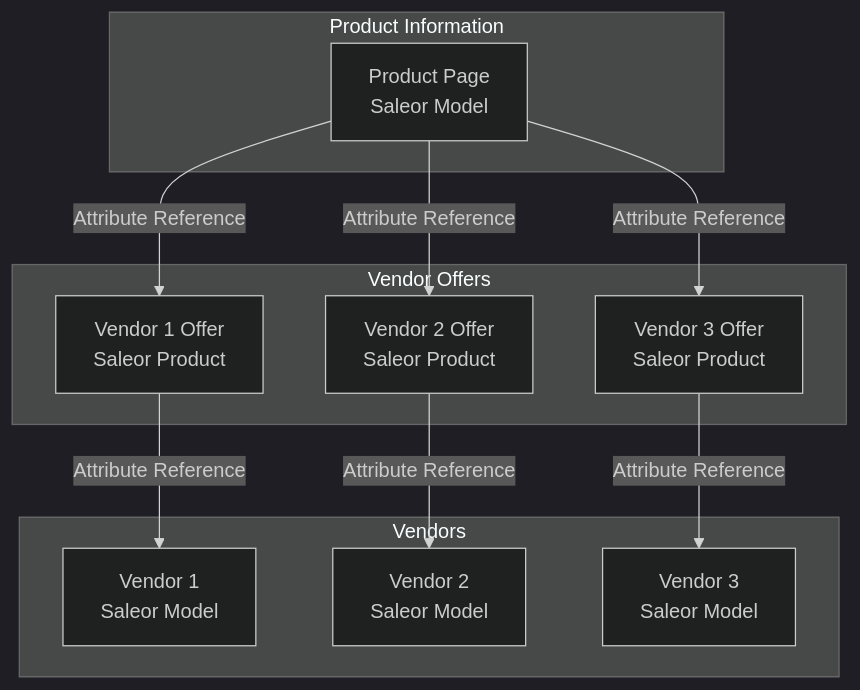
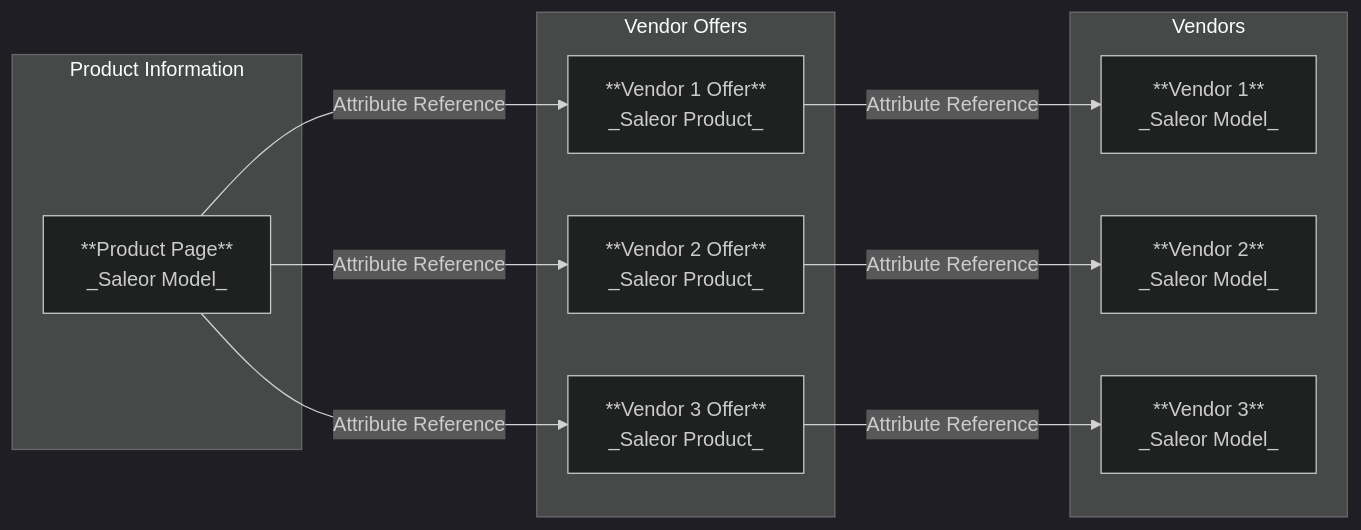
Before and after one commit to saleor/saleor-docs: the first of 3 diagrams in docs/recipes/marketplace.mdx, drawn with Mermaid (dark theme). The commit also changed other lines of this file, not shown here.

Commit message:
Flip diagrams and add a pinch of style

````diff
--- a/docs/recipes/marketplace.mdx
+++ b/docs/recipes/marketplace.mdx
@@ -49,25 +49,25 @@
 ```mermaid
-graph TD
-    A[Product Page<br/>Saleor Model] --Attribute Reference--> B[Vendor 1 Offer<br/>Saleor Product]
-    A --Attribute Reference--> C[Vendor 2 Offer<br/>Saleor Product]
-    A --Attribute Reference--> D[Vendor 3 Offer<br/>Saleor Product]
-    B --Attribute Reference--> E[Vendor 1<br/>Saleor Model]
-    C --Attribute Reference--> F[Vendor 2<br/>Saleor Model]
-    D --Attribute Reference--> G[Vendor 3<br/>Saleor Model]
+graph LR
+    A[**Product Page**<br/>_Saleor Model_] --Attribute Reference--> B[**Vendor 1 Offer**<br/>_Saleor Product_]
+    A --Attribute Reference--> C[**Vendor 2 Offer**<br/>_Saleor Product_]
+    A --Attribute Reference--> D[**Vendor 3 Offer**<br/>_Saleor Product_]
+    B --Attribute Reference--> E[**Vendor 1**<br/>_Saleor Model_]
+    C --Attribute Reference--> F[**Vendor 2**<br/>_Saleor Model_]
+    D --Attribute Reference--> G[**Vendor 3**<br/>_Saleor Model_]
     
     subgraph "Product Information"
     A
     end
     
     subgraph "Vendor Offers"
     B
     C
     D
     end
     
     subgraph "Vendors"
     E
     F
     G
     end
 ```
````
